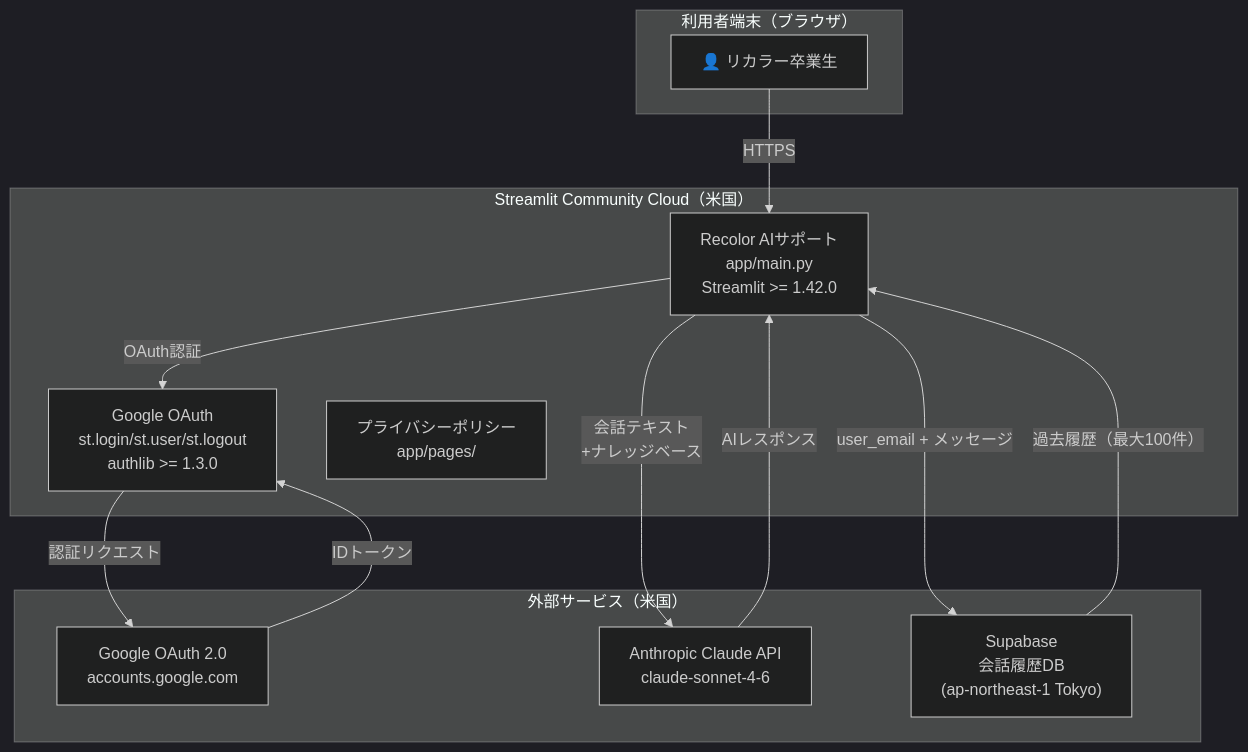
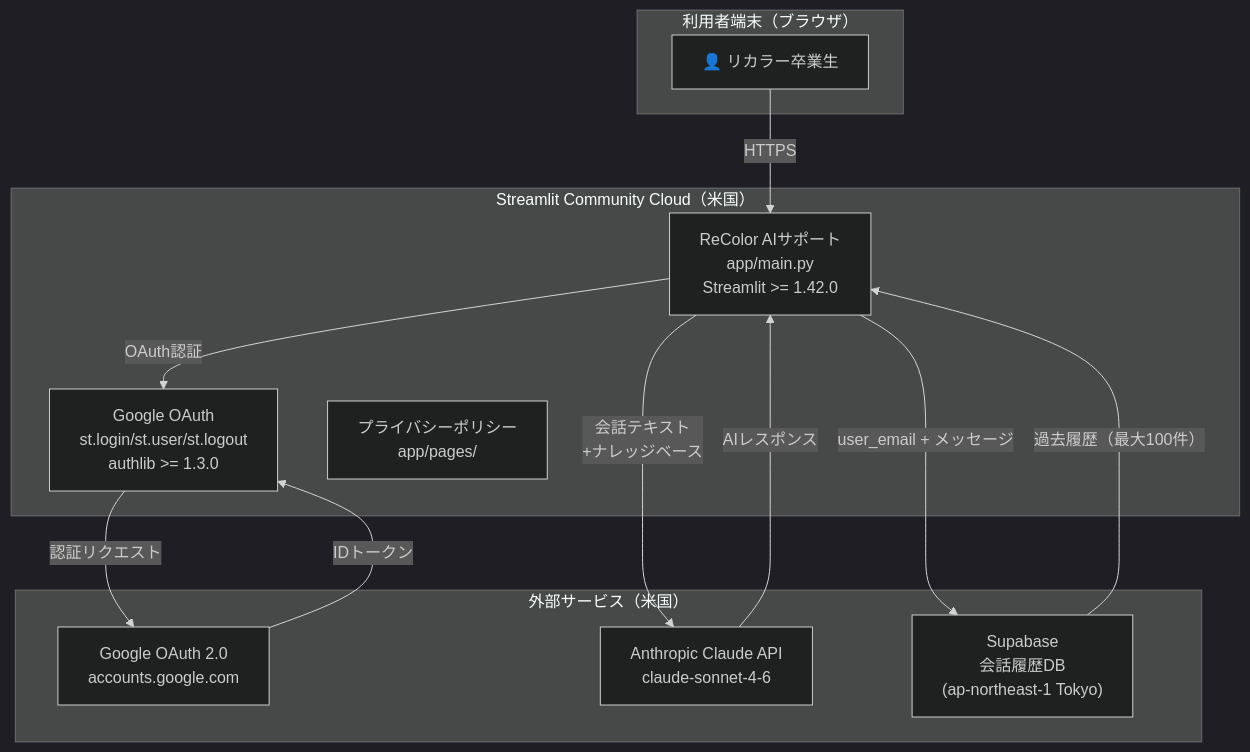
The first of 3 diagrams in docs/corporate-it-report/2026-07-09-report.md (koiemayucs-rgb/afterfollow-bot), drawn with Mermaid (dark theme) before and after one commit. The commit also changed other lines of this file and 6 other files, not shown here.

````diff
--- a/docs/corporate-it-report/2026-07-09-report.md
+++ b/docs/corporate-it-report/2026-07-09-report.md
@@ -111,27 +111,27 @@
 ```mermaid
 graph TB
     subgraph "利用者端末（ブラウザ）"
         U["👤 リカラー卒業生"]
     end
 
     subgraph "Streamlit Community Cloud（米国）"
-        APP["Recolor AIサポート\napp/main.py\nStreamlit >= 1.42.0"]
+        APP["ReColor AIサポート\napp/main.py\nStreamlit >= 1.42.0"]
         AUTH["Google OAuth\nst.login/st.user/st.logout\nauthlib >= 1.3.0"]
         PP["プライバシーポリシー\napp/pages/"]
     end
 
     subgraph "外部サービス（米国）"
         GOOGLE["Google OAuth 2.0\naccounts.google.com"]
         CLAUDE["Anthropic Claude API\nclaude-sonnet-4-6"]
         SUPA["Supabase\n会話履歴DB\n(ap-northeast-1 Tokyo)"]
     end
 
     U -->|"HTTPS"| APP
     APP -->|"OAuth認証"| AUTH
     AUTH -->|"認証リクエスト"| GOOGLE
     GOOGLE -->|"IDトークン"| AUTH
     APP -->|"会話テキスト\n+ナレッジベース"| CLAUDE
     CLAUDE -->|"AIレスポンス"| APP
     APP -->|"user_email + メッセージ"| SUPA
     SUPA -->|"過去履歴（最大100件）"| APP
 ```
````
